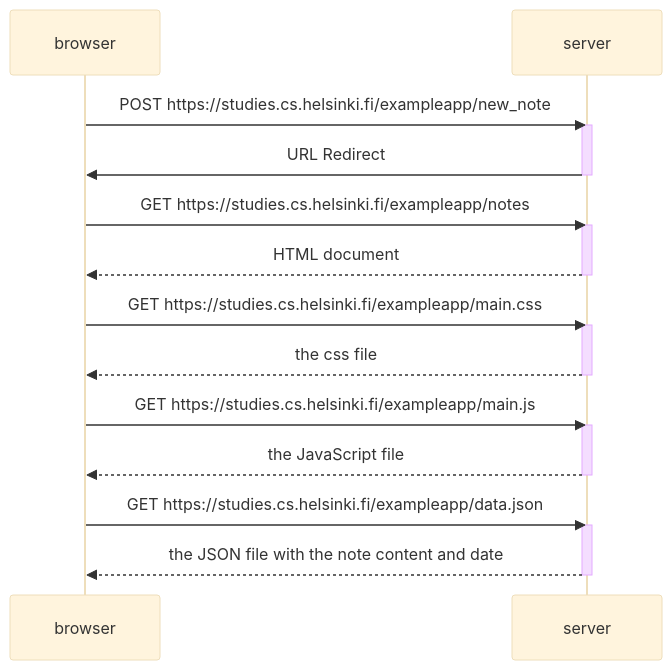
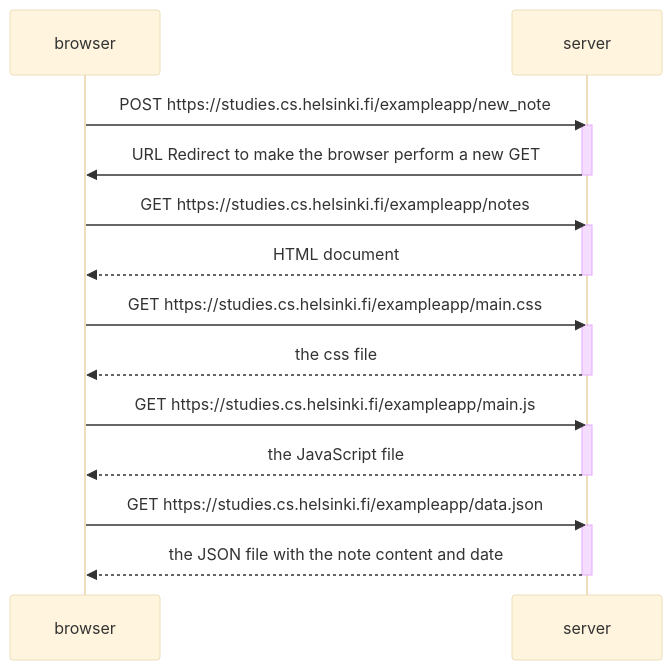
The diagram in part0/04.md (matheusperico/FullStackOpen), drawn with Mermaid (base theme) before and after one commit.

````diff
--- a/part0/04.md
+++ b/part0/04.md
@@ -1,30 +1,30 @@
 ```mermaid
 sequenceDiagram
     participant browser
     participant server
 
     browser->>server: POST https://studies.cs.helsinki.fi/exampleapp/new_note
     activate server
-    server->>browser: URL Redirect 
+    server->>browser: URL Redirect  to make the browser perform a new GET
     deactivate server
 
     browser->>server: GET https://studies.cs.helsinki.fi/exampleapp/notes
     activate server
     server-->>browser: HTML document
     deactivate server
 
     browser->>server: GET https://studies.cs.helsinki.fi/exampleapp/main.css
     activate server
     server-->>browser: the css file
     deactivate server
 
     browser->>server: GET https://studies.cs.helsinki.fi/exampleapp/main.js
     activate server
     server-->>browser: the JavaScript file
     deactivate server
 
     browser->>server: GET https://studies.cs.helsinki.fi/exampleapp/data.json
     activate server
     server-->>browser: the JSON file with the note content and date
     deactivate server
 ```
````
